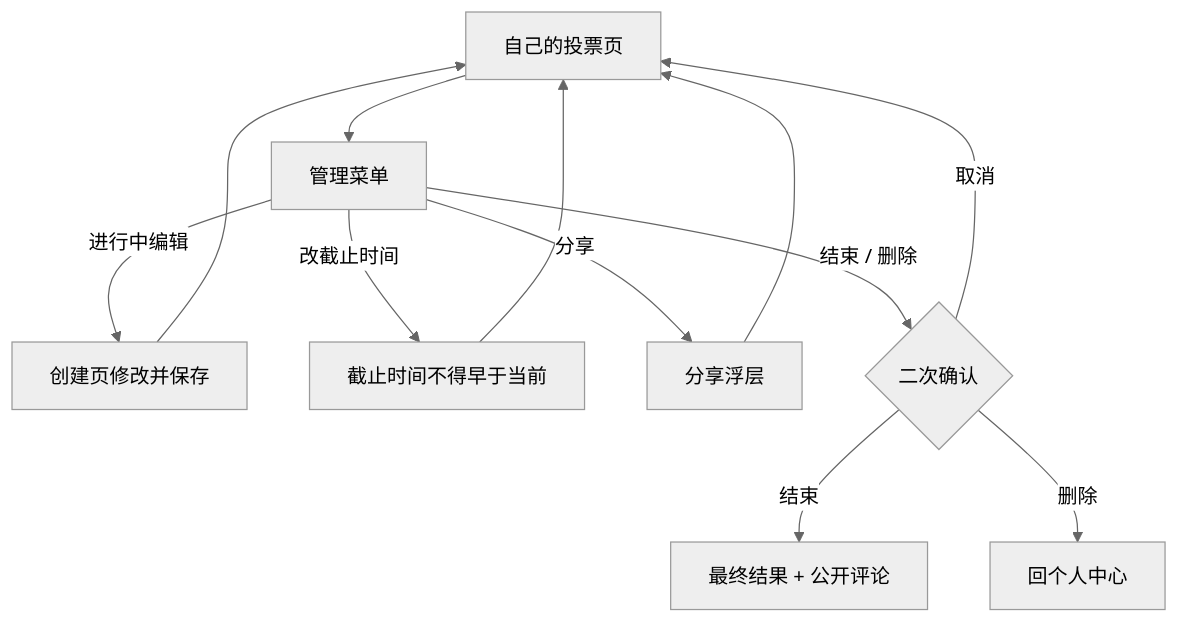
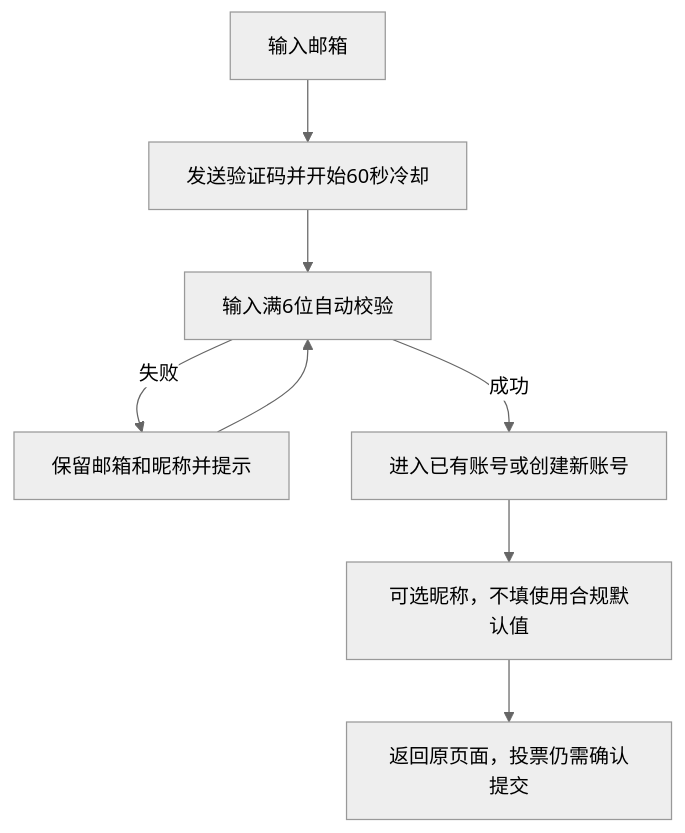
One commit to sd5913/The-Aliien-Repo changed the second of 2 diagrams in docs/PRD.md. Above: the diagram before and after it, drawn with Mermaid (neutral theme). The commit also changed other lines of this file and 6 other files, not shown here.

````diff
--- a/docs/PRD.md
+++ b/docs/PRD.md
@@ -207,14 +141,10 @@
 ```mermaid
 flowchart TD
-    V[自己的投票页] --> M[管理菜单]
-    M -->|进行中编辑| E[创建页修改并保存]
-    M -->|改截止时间| E2[截止时间不得早于当前]
-    E --> V
-    E2 --> V
-    M -->|分享| S[分享浮层]
-    S --> V
-    M -->|结束 / 删除| Q{二次确认}
-    Q -->|取消| V
-    Q -->|结束| F[最终结果 + 公开评论]
-    Q -->|删除| P[回个人中心]
+    A[输入邮箱] --> B[发送验证码并开始60秒冷却]
+    B --> C[输入满6位自动校验]
+    C -->|失败| D[保留邮箱和昵称并提示]
+    D --> C
+    C -->|成功| E[进入已有账号或创建新账号]
+    E --> F[可选昵称，不填使用合规默认值]
+    F --> G[返回原页面，投票仍需确认提交]
 ```
````
